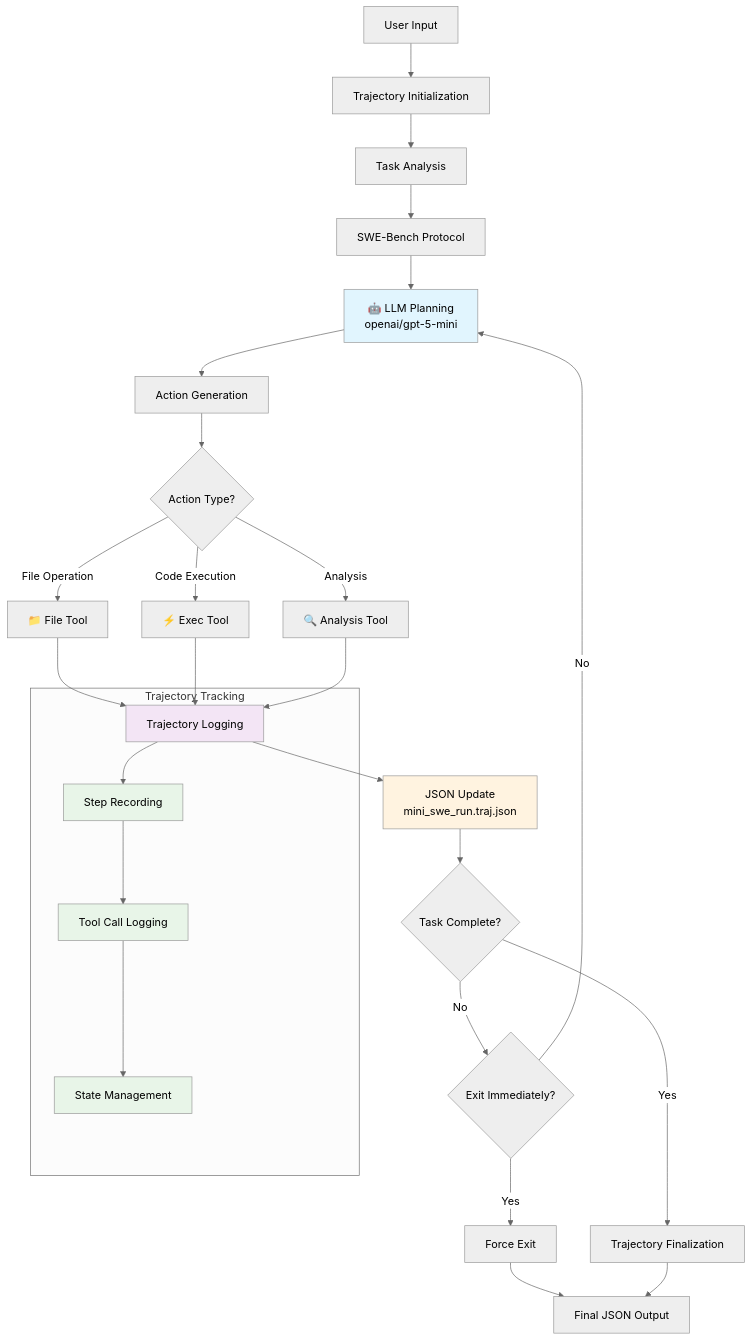
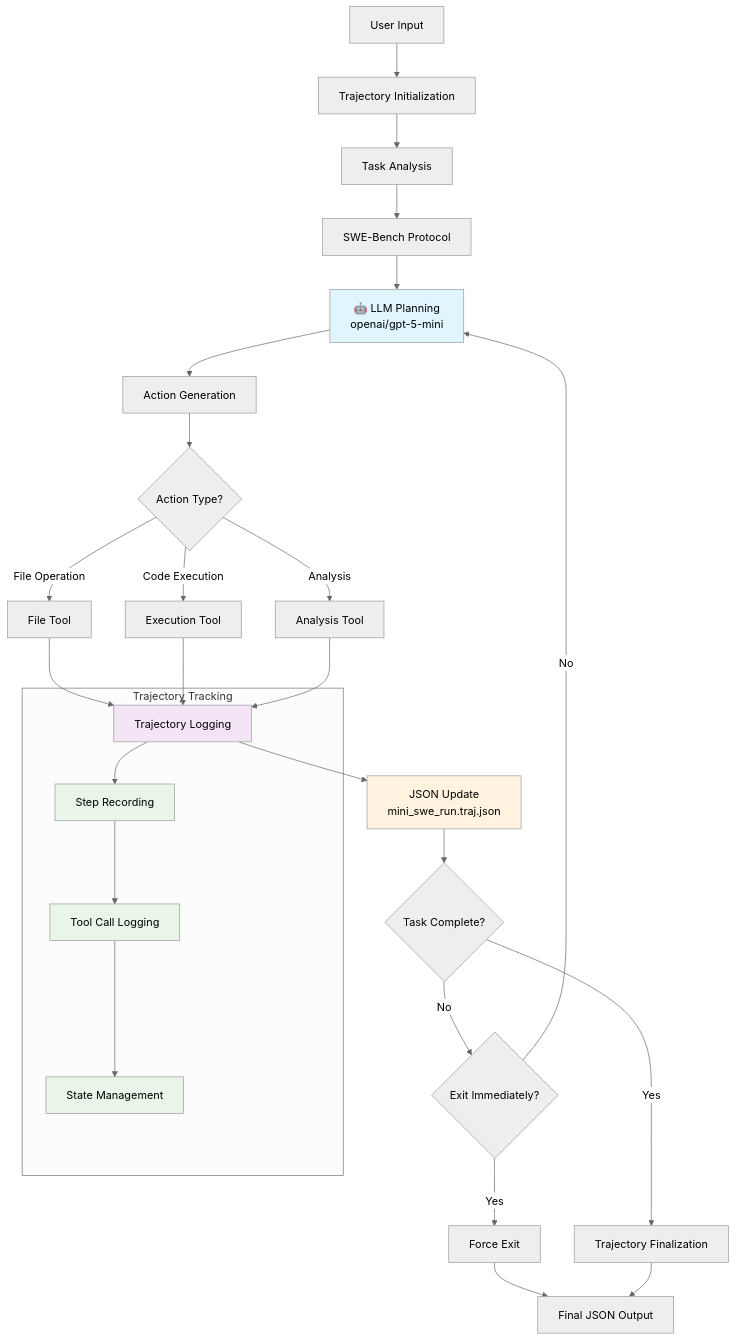
One commit to JuanYin1/Team28 changed the third of 8 diagrams in projectreport.md. Above: the diagram before and after it, drawn with Mermaid (neutral theme). The commit also changed other lines of this file, not shown here.

````diff
--- a/projectreport.md
+++ b/projectreport.md
@@ -120,39 +123,39 @@
 ```mermaid
 flowchart TD
     A[User Input] --> B[Trajectory Initialization]
     B --> C[Task Analysis]
     C --> D[SWE-Bench Protocol]
     D --> E[🤖 LLM Planning<br/>openai/gpt-5-mini]
     E --> F[Action Generation]
     F --> G{Action Type?}
-    G -->|File Operation| H[📁 File Tool]
-    G -->|Code Execution| I[⚡ Exec Tool]
-    G -->|Analysis| J[🔍 Analysis Tool]
+    G -->|File Operation| H[File Tool]
+    G -->|Code Execution| I[Execution Tool]
+    G -->|Analysis| J[Analysis Tool]
     H --> K[Trajectory Logging]
     I --> K
     J --> K
     K --> L[JSON Update<br/>mini_swe_run.traj.json]
     L --> M{Task Complete?}
     M -->|No| N{Exit Immediately?}
     N -->|No| E
     N -->|Yes| O[Force Exit]
     M -->|Yes| P[Trajectory Finalization]
     O --> Q[Final JSON Output]
     P --> Q
     
     subgraph "Trajectory Tracking"
         R[Step Recording]
         S[Tool Call Logging]
         T[State Management]
         K --> R
         R --> S
         S --> T
     end
     
     style E fill:#e1f5fe
     style K fill:#f3e5f5
     style L fill:#fff3e0
     style R fill:#e8f5e8
     style S fill:#e8f5e8
     style T fill:#e8f5e8
 ```
````
